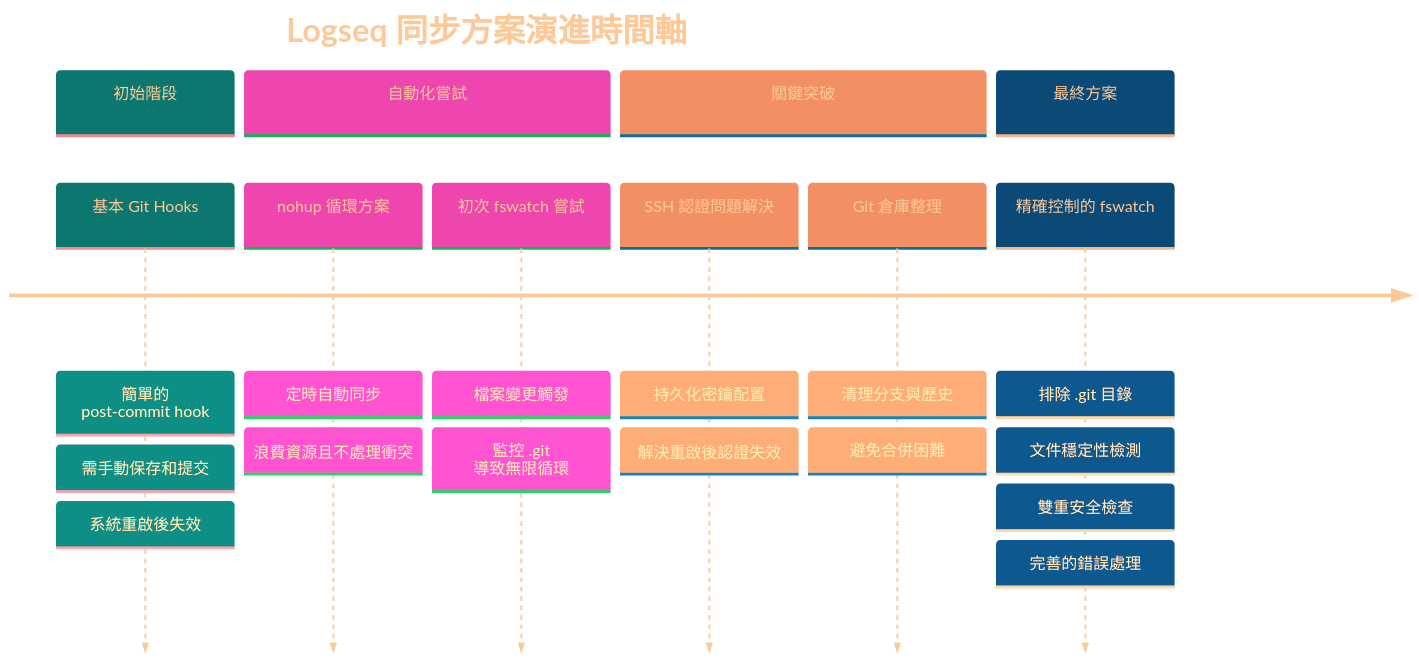
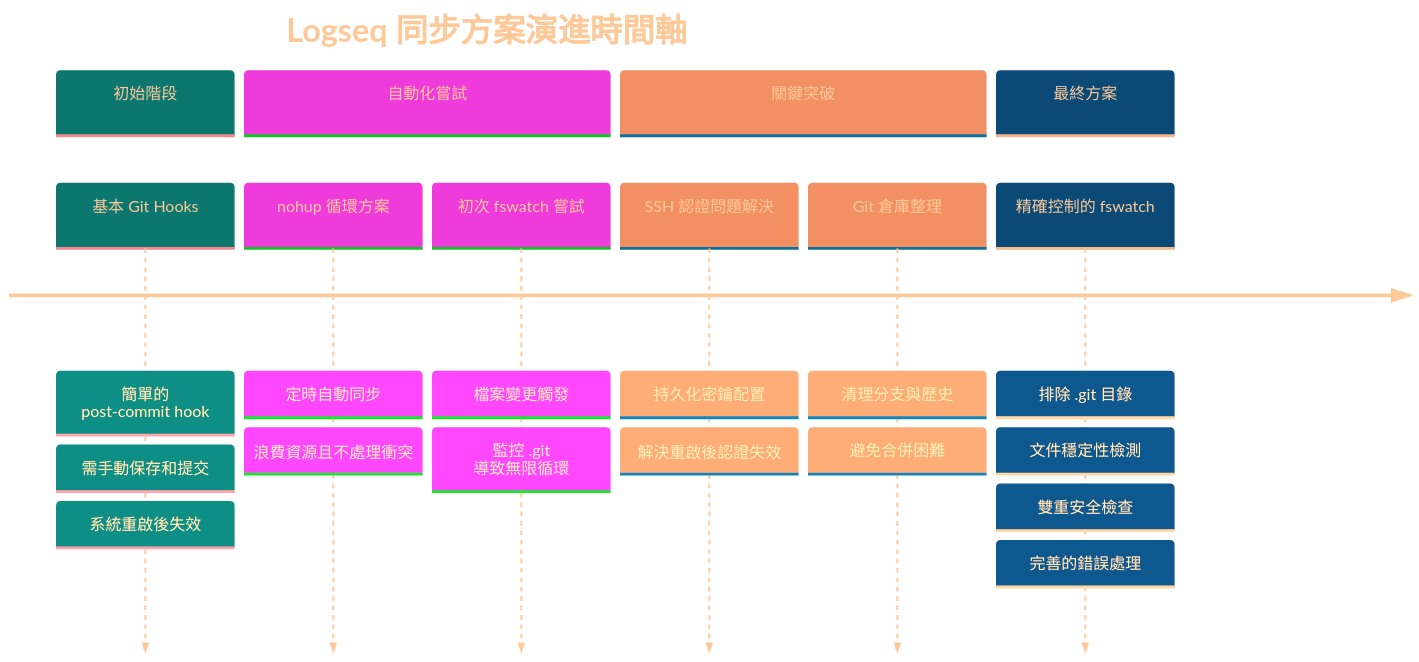
Before and after one commit to GengGeng026/Sync-Logseq: the first of 2 diagrams in Logseq同步方案演進記錄.md, drawn with Mermaid.

Commit message:
Auto-sync: Wed Mar 26 10:05:59 +08 2025

````diff
--- a/Logseq同步方案演進記錄.md
+++ b/Logseq同步方案演進記錄.md
@@ -24,38 +24,38 @@
 ```mermaid
 %%{init: {
   'theme': 'base', 
   'themeVariables': {
     'primaryTextColor': '#FEC999',
     'primaryColor': '#19E9D9',
-    'secondaryColor': '#F9BAE1',
+    'secondaryColor': '#F9B1F1',
     'tertiaryColor': '#FCE4D9',
     'primaryBorderColor': '#A9D9D9',
     'background': 'transparent',
     'clusterBkg': 'transparent',
     'fontFamily': 'default',
     'fontSize': '17px',
     'fontWeight': 'normal'
   }
 }}%%
 timeline
     title Logseq 同步方案演進時間軸
     section 初始階段
         基本 Git Hooks : 簡單的 post-commit hook
         : 需手動保存和提交
         : 系統重啟後失效
     section 自動化嘗試
         nohup 循環方案 : 定時自動同步
         : 浪費資源且不處理衝突
         初次 fswatch 嘗試 : 檔案變更觸發
         : 監控 .git 導致無限循環
     section 關鍵突破
         SSH 認證問題解決 : 持久化密鑰配置
         : 解決重啟後認證失效
         Git 倉庫整理 : 清理分支與歷史
         : 避免合併困難
     section 最終方案
         精確控制的 fswatch : 排除 .git 目錄
         : 文件穩定性檢測
         : 雙重安全檢查
         : 完善的錯誤處理
 ```
````
